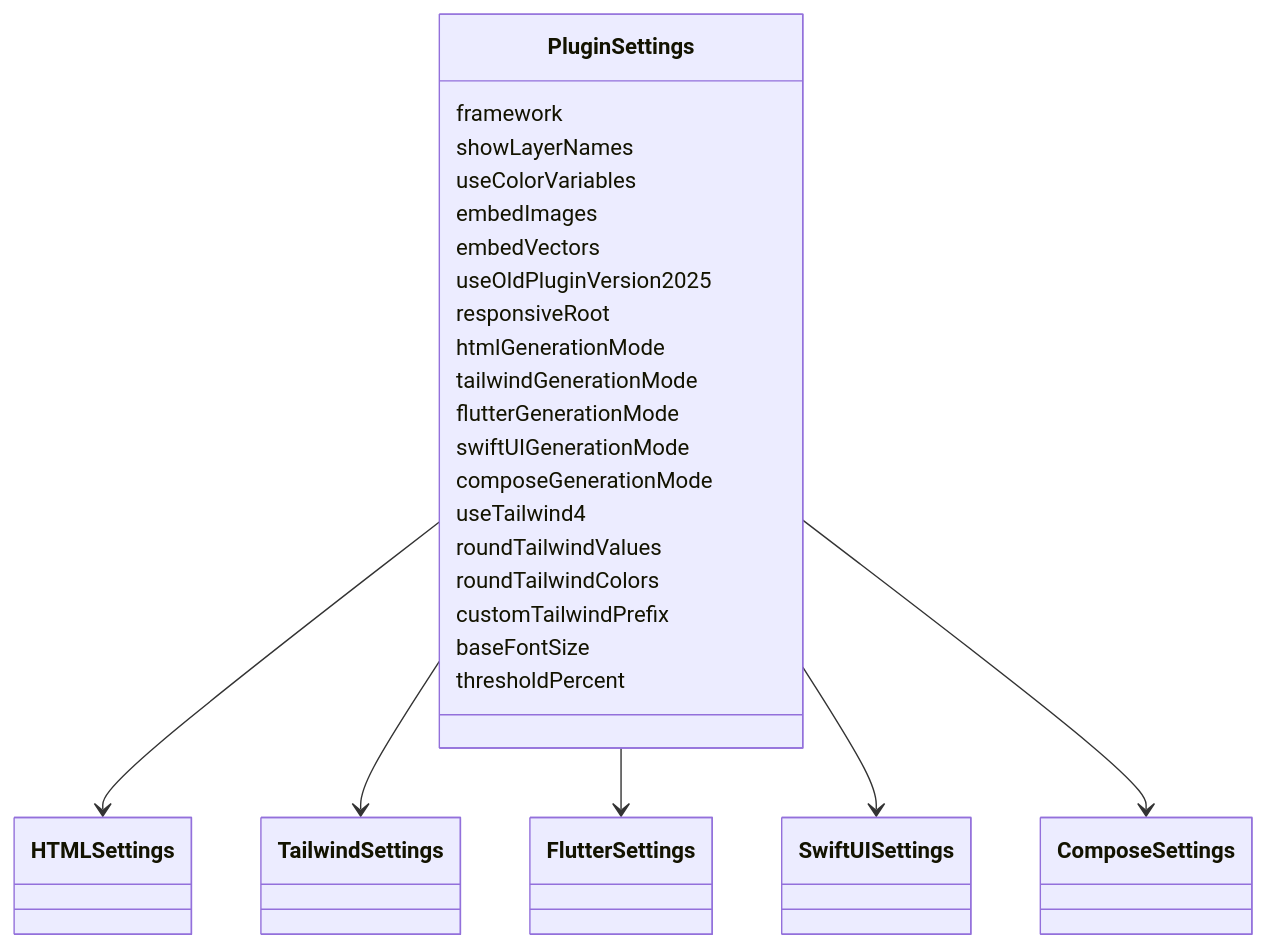
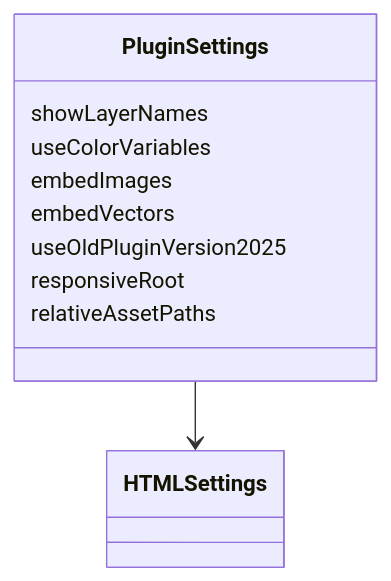
The seventh of 9 diagrams in docs/logic.md (CodeByStella/FIGMA2CODE), drawn with Mermaid before and after one commit. The commit also changed other lines of this file and 81 other files, not shown here.

````diff
--- a/docs/logic.md
+++ b/docs/logic.md
@@ -230,28 +221,13 @@
 ```mermaid
 classDiagram
   class PluginSettings {
-    framework
     showLayerNames
     useColorVariables
     embedImages
     embedVectors
     useOldPluginVersion2025
     responsiveRoot
-    htmlGenerationMode
-    tailwindGenerationMode
-    flutterGenerationMode
-    swiftUIGenerationMode
-    composeGenerationMode
-    useTailwind4
-    roundTailwindValues
-    roundTailwindColors
-    customTailwindPrefix
-    baseFontSize
-    thresholdPercent
+    relativeAssetPaths
   }
   PluginSettings --> HTMLSettings
-  PluginSettings --> TailwindSettings
-  PluginSettings --> FlutterSettings
-  PluginSettings --> SwiftUISettings
-  PluginSettings --> ComposeSettings
 ```
````
